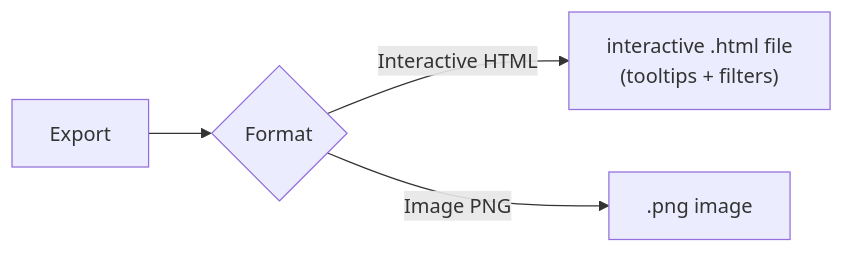
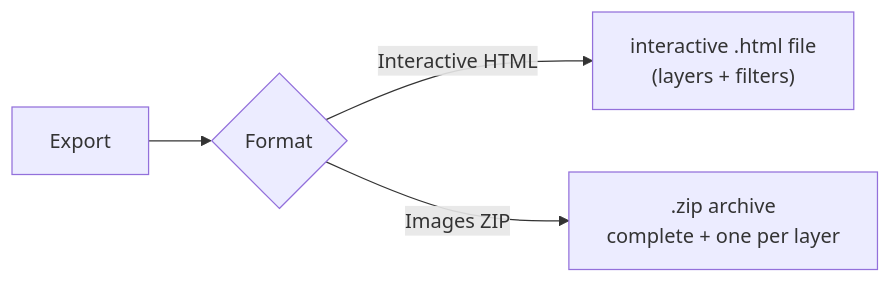
Before and after one commit to Alexkill536ITA/ForgeModpack: the second of 3 diagrams in docs/en/usage/05-import-export-keybind.md, drawn with Mermaid. The commit also changed other lines of this file and 47 other files, not shown here.

````diff
--- a/docs/en/usage/05-import-export-keybind.md
+++ b/docs/en/usage/05-import-export-keybind.md
@@ -70,6 +82,6 @@
 ```mermaid
 graph LR
     E["Export"] --> F{"Format"}
-    F -->|Interactive HTML| H["interactive .html file<br/>(tooltips + filters)"]
-    F -->|Image PNG| P[".png image"]
+    F -->|Interactive HTML| H["interactive .html file<br/>(layers + filters)"]
+    F -->|Images ZIP| P[".zip archive<br/>complete + one per layer"]
 ```
````
